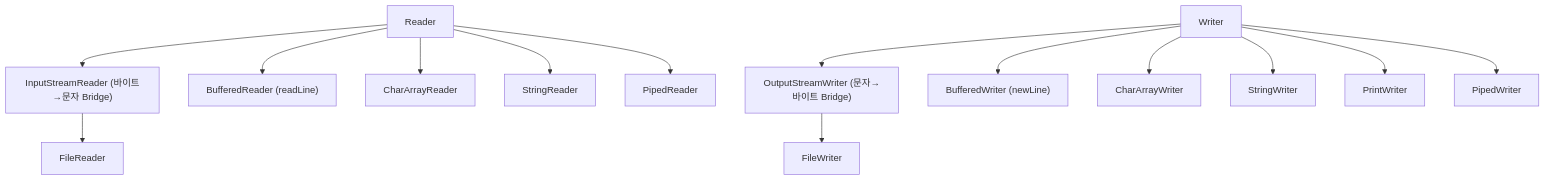
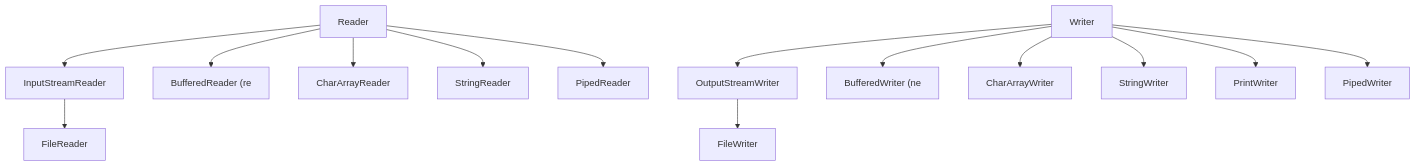
The fourth of 11 diagrams in _posts/java/2026-05-01-java-io.md (yjkim2015/yjkim2015.github.io), drawn with Mermaid before and after one commit. The commit also changed other lines of this file and 271 other files, not shown here.

First line of the commit message:
Mermaid 라벨 축소: 긴 노드 텍스트 18자 이하로 트림 + \n 제거

````diff
--- a/_posts/java/2026-05-01-java-io.md
+++ b/_posts/java/2026-05-01-java-io.md
@@ -62,9 +62,9 @@
 ```mermaid
 graph TD
-    RD["Reader"] --> ISR["InputStreamReader (바이트→문자 Bridge)"]
+    RD["Reader"] --> ISR["InputStreamReader"]
     ISR --> FR["FileReader"]
-    RD --> BR["BufferedReader (readLine)"] & CAR["CharArrayReader"] & SR["StringReader"] & PR["PipedReader"]
-    WR["Writer"] --> OSW["OutputStreamWriter (문자→바이트 Bridge)"]
+    RD --> BR["BufferedReader (re"] & CAR["CharArrayReader"] & SR["StringReader"] & PR["PipedReader"]
+    WR["Writer"] --> OSW["OutputStreamWriter"]
     OSW --> FW["FileWriter"]
-    WR --> BW["BufferedWriter (newLine)"] & CAW["CharArrayWriter"] & SW["StringWriter"] & PW["PrintWriter"] & PIW["PipedWriter"]
+    WR --> BW["BufferedWriter (ne"] & CAW["CharArrayWriter"] & SW["StringWriter"] & PW["PrintWriter"] & PIW["PipedWriter"]
 ```
````
